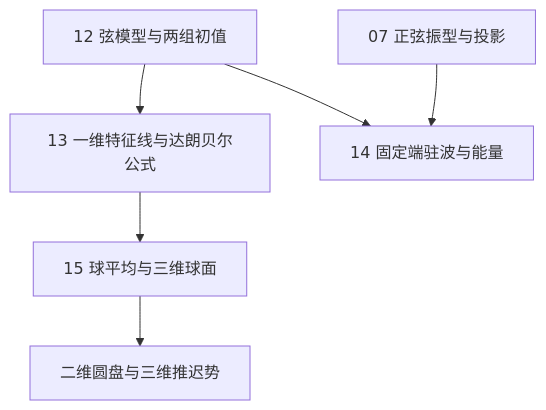
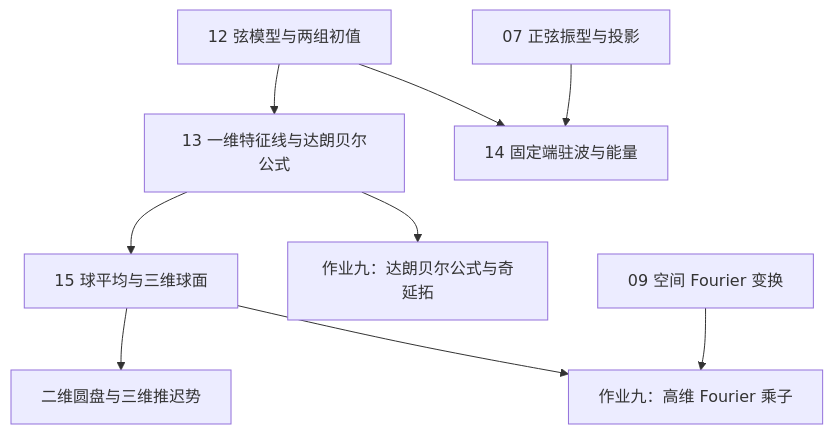
Before and after one commit to xsoc1/math-notes: the third of 3 diagrams in 数学物理方程/00_课程笔记总览.md, drawn with Mermaid. The commit also changed other lines of this file and 7 other files, not shown here.

````diff
--- a/数学物理方程/00_课程笔记总览.md
+++ b/数学物理方程/00_课程笔记总览.md
@@ -122,8 +122,11 @@
 ```mermaid
 flowchart TD
     A[12 弦模型与两组初值] --> B[13 一维特征线与达朗贝尔公式]
     A --> C[14 固定端驻波与能量]
     D[07 正弦振型与投影] --> C
     B --> E[15 球平均与三维球面]
     E --> F[二维圆盘与三维推迟势]
+    B --> G[作业九：达朗贝尔公式与奇延拓]
+    E --> H[作业九：高维 Fourier 乘子]
+    I[09 空间 Fourier 变换] --> H
 ```
````
